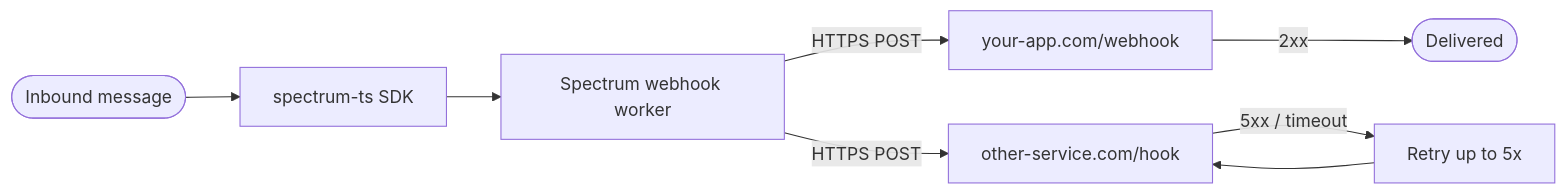
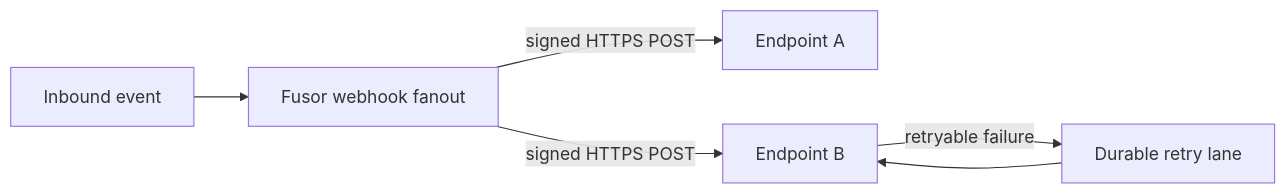
The diagram in webhooks/overview.mdx (photon-hq/docs), drawn with Mermaid before and after one commit. The commit also changed other lines of this file and 6 other files, not shown here.

````diff
--- a/webhooks/overview.mdx
+++ b/webhooks/overview.mdx
@@ -82,10 +13,8 @@
 ```mermaid
 flowchart LR
-  In([Inbound message]) --> SDK[spectrum-ts SDK]
-  SDK --> WK[Spectrum webhook worker]
-  WK -->|HTTPS POST| URL1[your-app.com/webhook]
-  WK -->|HTTPS POST| URL2[other-service.com/hook]
-  URL1 -->|2xx| Done([Delivered])
-  URL2 -->|5xx / timeout| Retry[Retry up to 5x]
-  Retry --> URL2
+  Event[Inbound event] --> Fanout[Fusor webhook fanout]
+  Fanout -->|signed HTTPS POST| A[Endpoint A]
+  Fanout -->|signed HTTPS POST| B[Endpoint B]
+  B -->|retryable failure| Retry[Durable retry lane]
+  Retry --> B
 ```
````
